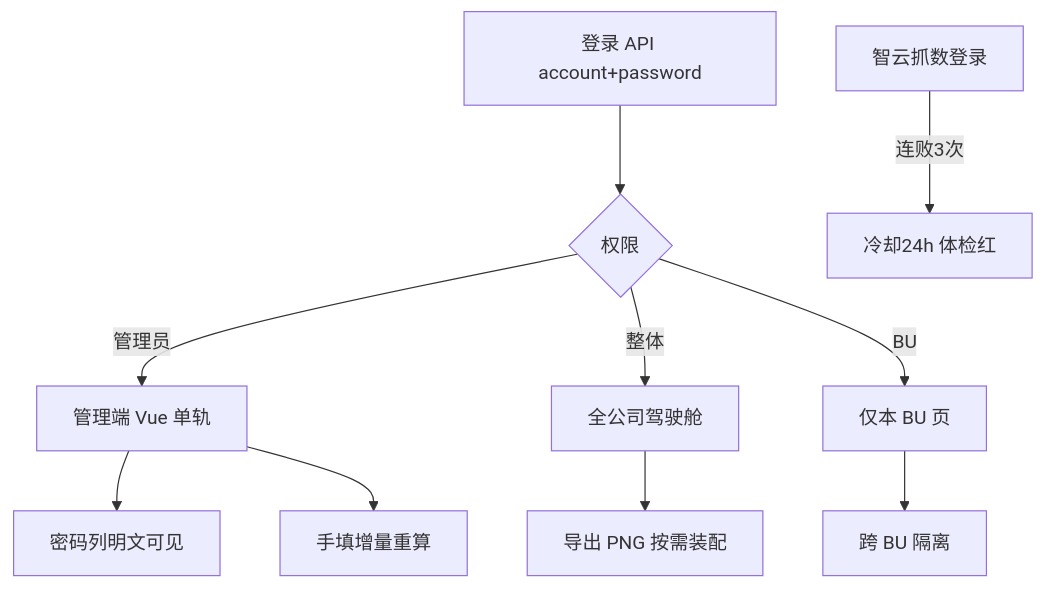
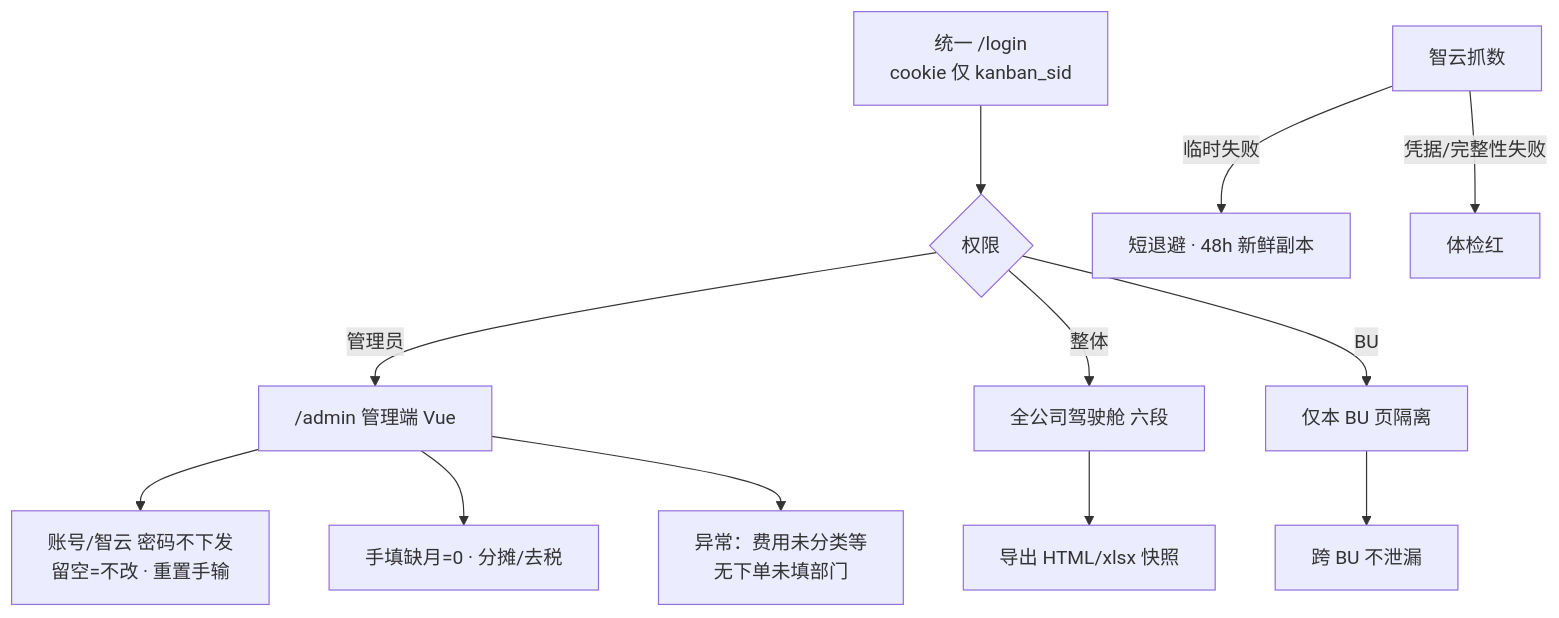
The diagram in docs/设计图/06_账号登录与权限分流图.mmd (EvanLee2004/BI), drawn with Mermaid before and after one commit. The commit also changed 61 other files, not shown here.

First line of the commit message:
docs(3.7.7): 全量对齐现网文档与配图

```diff
--- a/docs/设计图/06_账号登录与权限分流图.mmd
+++ b/docs/设计图/06_账号登录与权限分流图.mmd
@@ -1,11 +1,13 @@
-%% 登录权限分流 v2.2.0 stage66
+%% 登录权限分流 · VERSION 3.7.7 · 2026-08-03
 flowchart TD
-  L["登录 API account+password"] --> G{权限}
-  G -->|管理员| ADM["管理端 Vue 单轨"]
-  G -->|整体| MAIN["全公司驾驶舱"]
-  G -->|BU| BU["仅本 BU 页"]
-  ADM --> SET["密码列明文可见"]
-  ADM --> MAN["手填增量重算"]
-  MAIN --> EXP["导出 PNG 按需装配"]
-  BU --> ISO["跨 BU 隔离"]
-  ZY["智云抓数登录"] -->|连败3次| CD["冷却24h 体检红"]
+  L["统一 /login<br/>cookie 仅 kanban_sid"] --> G{权限}
+  G -->|管理员| ADM["/admin 管理端 Vue"]
+  G -->|整体| MAIN["全公司驾驶舱 六段"]
+  G -->|BU| BU["仅本 BU 页隔离"]
+  ADM --> SET["账号/智云 密码不下发<br/>留空=不改 · 重置手输"]
+  ADM --> MAN["手填缺月=0 · 分摊/去税"]
+  ADM --> EXC["异常：费用未分类等<br/>无下单未填部门"]
+  MAIN --> EXP["导出 HTML/xlsx 快照"]
+  BU --> ISO["跨 BU 不泄漏"]
+  ZY["智云抓数"] -->|临时失败| BK["短退避 · 48h 新鲜副本"]
+  ZY -->|凭据/完整性失败| RED["体检红"]
```
